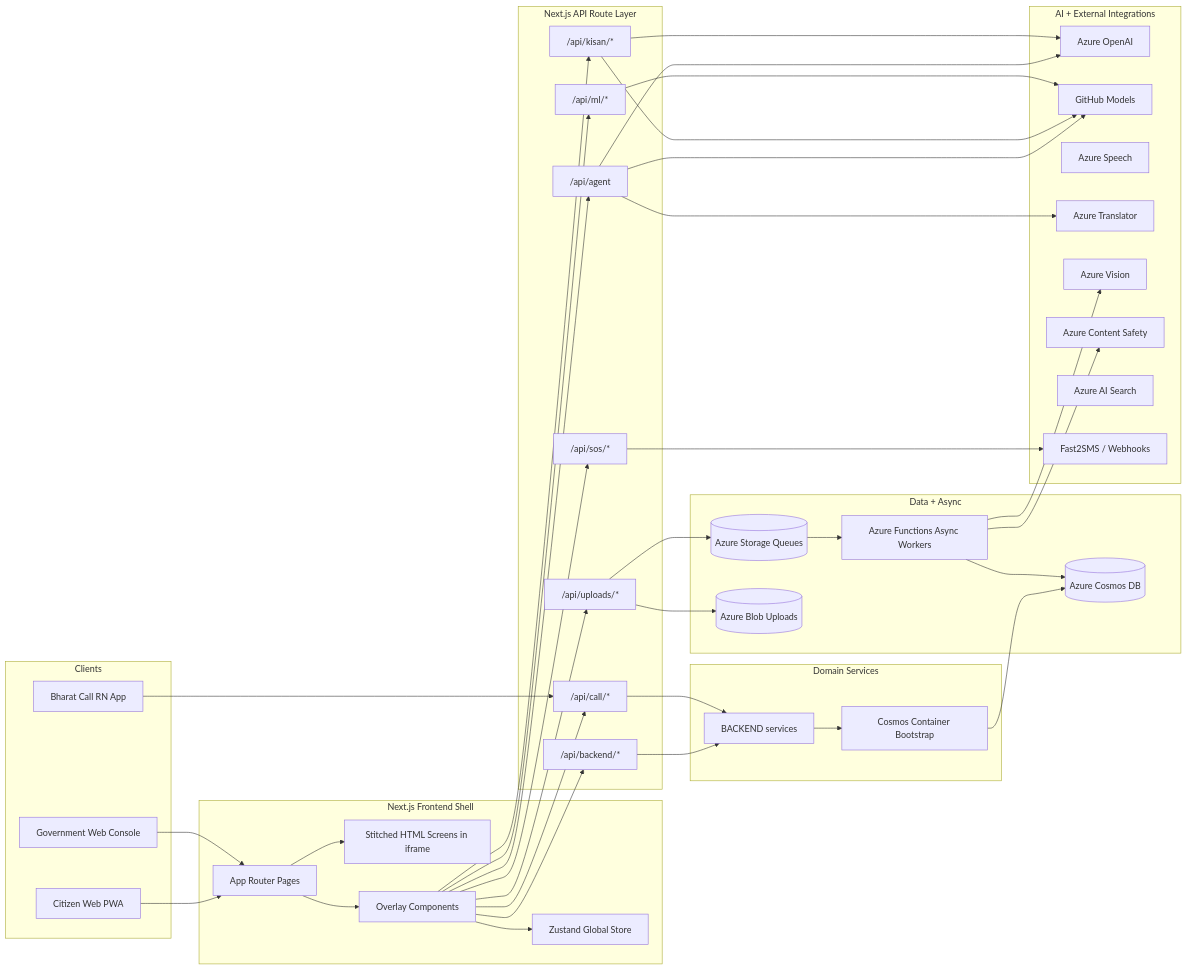
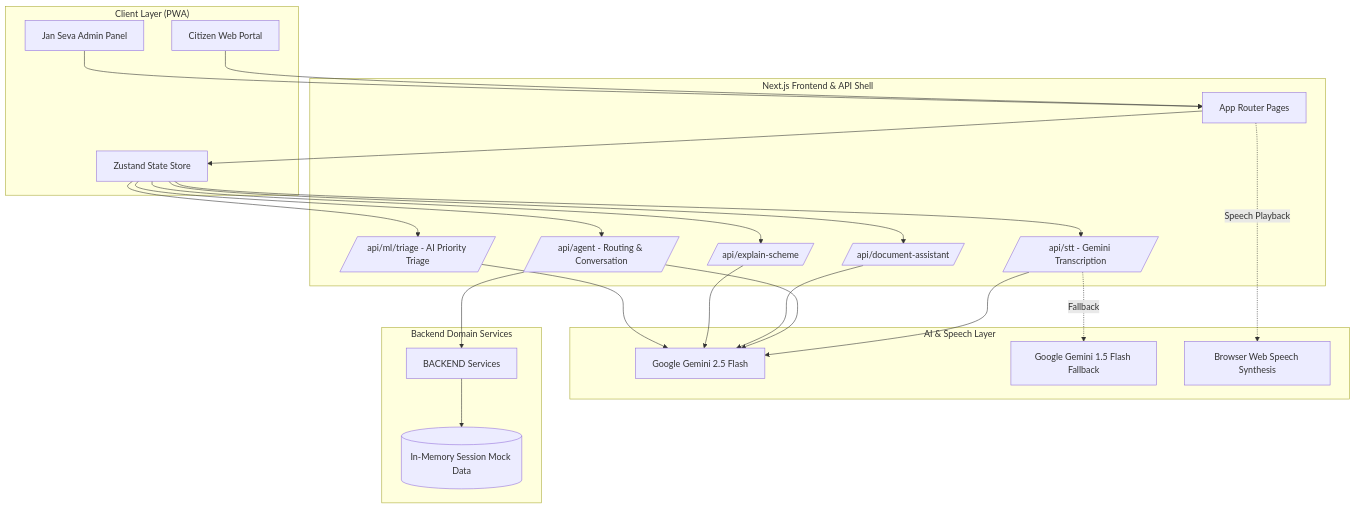
One commit to ranjan-arnav/bharat_setu_cfc changed the first of 2 diagrams in README.md. Above: the diagram before and after it, drawn with Mermaid. The commit also changed other lines of this file, not shown here.

````diff
--- a/README.md
+++ b/README.md
@@ -50,83 +85,50 @@
 ```mermaid
-flowchart LR
-  subgraph Clients
-    C1[Citizen Web PWA]
-    C2[Government Web Console]
-    C3[Bharat Call RN App]
-  end
+graph TB
+    subgraph "Client Layer (PWA)"
+        B[Citizen Web Portal]
+        A[Jan Seva Admin Panel]
+        Z[Zustand State Store]
+    end
 
-  subgraph FrontendShell[Next.js Frontend Shell]
-    F1[App Router Pages]
-    F2[Stitched HTML Screens in iframe]
-    F3[Overlay Components]
-    F4[Zustand Global Store]
-  end
+    subgraph "Next.js Frontend & API Shell"
+        LP[App Router Pages]
+        STT[/api/stt - Gemini Transcription/]
+        EXP[/api/explain-scheme/]
+        DOC[/api/document-assistant/]
+        TRG[/api/ml/triage - AI Priority Triage/]
+        AGT[/api/agent - Routing & Conversation/]
+    end
 
-  subgraph ApiLayer[Next.js API Route Layer]
-    A1["/api/agent"]
-    A2["/api/backend/*"]
-    A3["/api/sos/*"]
-    A4["/api/call/*"]
-    A5["/api/uploads/*"]
-    A6["/api/kisan/*"]
-    A7["/api/ml/*"]
-  end
+    subgraph "AI & Speech Layer"
+        GEM[Google Gemini 2.5 Flash]
+        GEM_FALL[Google Gemini 1.5 Flash Fallback]
+        TTS[Browser Web Speech Synthesis]
+    end
 
-  subgraph BackendDomain[Domain Services]
-    B1[BACKEND services]
-    B2[Cosmos Container Bootstrap]
-  end
+    subgraph "Backend Domain Services"
+        SV[BACKEND Services]
+        MEM[(In-Memory Session Mock Data)]
+    end
 
-  subgraph DataAndAsync[Data + Async]
-    D1[(Azure Cosmos DB)]
-    D2[(Azure Storage Queues)]
-    D3[(Azure Blob Uploads)]
-    D4[Azure Functions Async Workers]
-  end
+    B --> LP
+    A --> LP
+    LP --> Z
 
-  subgraph AiAndExternal[AI + External Integrations]
-    X1[Azure OpenAI]
-    X2[GitHub Models]
-    X3[Azure Speech]
-    X4[Azure Translator]
-    X5[Azure Vision]
-    X6[Azure Content Safety]
-    X7[Azure AI Search]
-    X8[Fast2SMS / Webhooks]
-  end
+    Z --> AGT
+    Z --> STT
+    Z --> DOC
+    Z --> TRG
+    Z --> EXP
 
-  C1 --> F1
-  C2 --> F1
-  C3 --> A4
+    STT --> GEM
+    STT -. Fallback .-> GEM_FALL
+    AGT --> GEM
+    DOC --> GEM
+    EXP --> GEM
+    TRG --> GEM
 
-  F1 --> F2
-  F1 --> F3
-  F3 --> F4
+    LP -. Speech Playback .-> TTS
 
-  F3 --> A1
-  F3 --> A2
-  F3 --> A3
-  F3 --> A4
-  F3 --> A5
-  F3 --> A6
-  F3 --> A7
-
-  A1 --> X1
-  A1 --> X2
-  A1 --> X4
-  A2 --> B1
-  A3 --> X8
-  A4 --> B1
-  A5 --> D3
-  A5 --> D2
-  A6 --> X1
-  A6 --> X2
-  A7 --> X2
-
-  B1 --> B2
-  B2 --> D1
-  D2 --> D4
-  D4 --> D1
-  D4 --> X5
-  D4 --> X6
+    AGT --> SV
+    SV --> MEM
 ```
````
